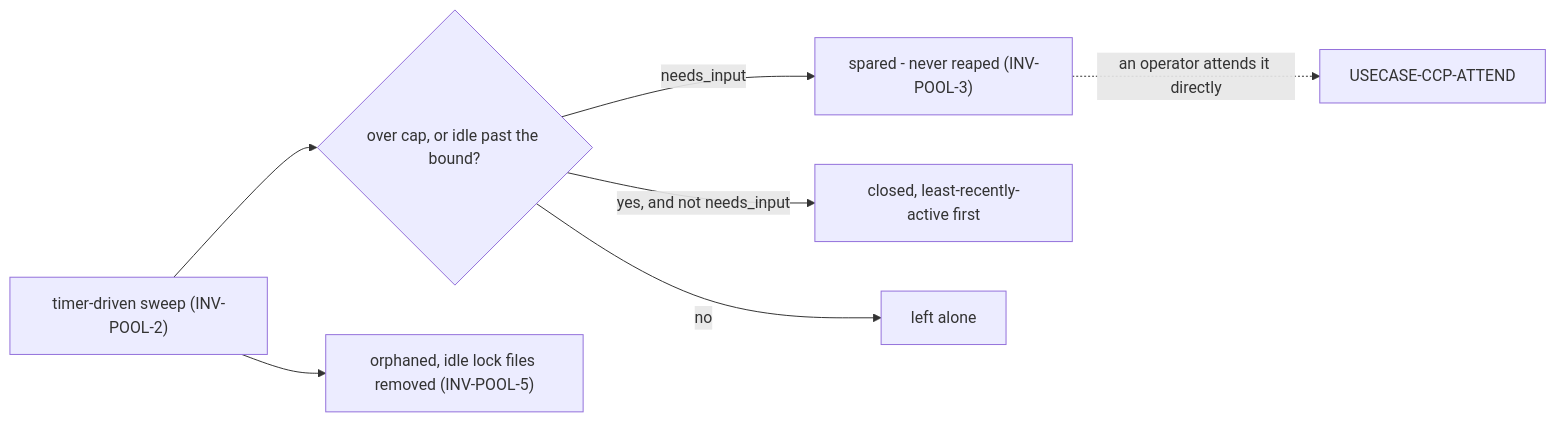
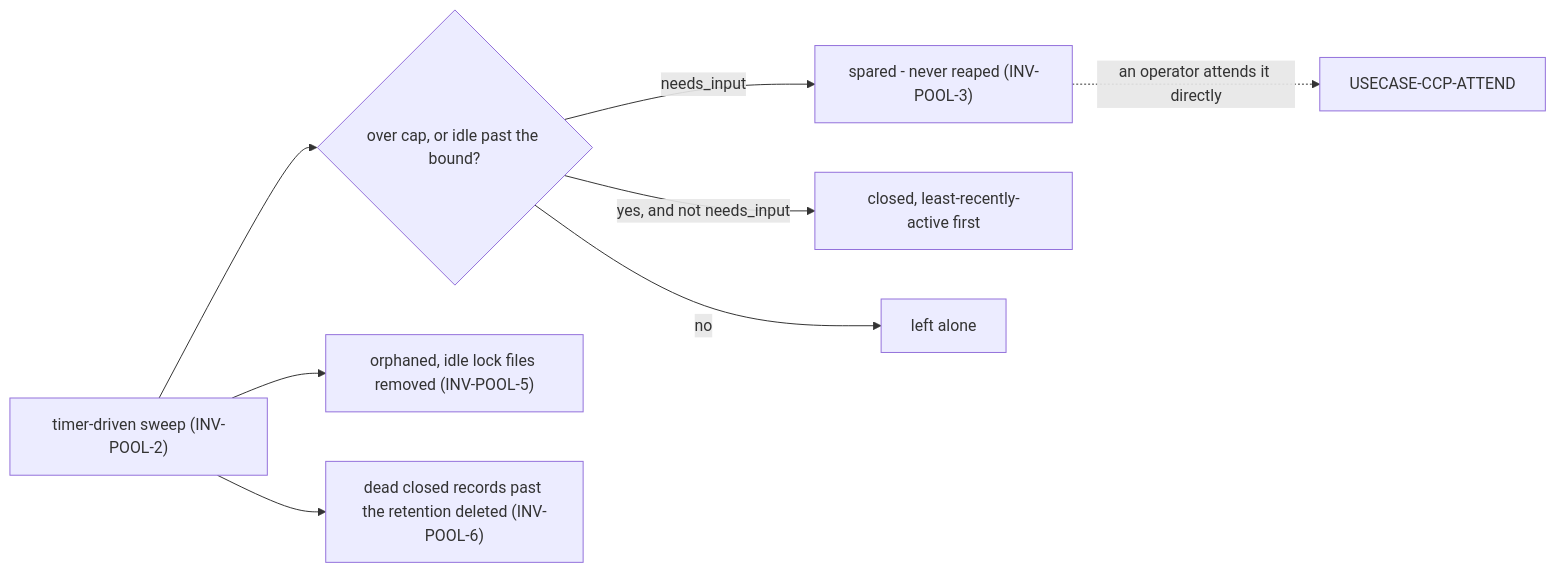
One commit to phillipgreenii/nix-agent-support changed the third of 3 diagrams in packages/ccpool/docs/behavior/journeys.md. Above: the diagram before and after it, drawn with Mermaid. The commit also changed other lines of this file and 5 other files, not shown here.

First line of the commit message:
docs(ccpool): record derived-closed rule, closed_row_retention and dead-row metric semantics

````diff
--- a/packages/ccpool/docs/behavior/journeys.md
+++ b/packages/ccpool/docs/behavior/journeys.md
@@ -212,9 +212,10 @@
 ```mermaid
 flowchart LR
     T["timer-driven sweep (INV-POOL-2)"] --> C{"over cap, or idle past the bound?"}
     C -->|"needs_input"| SPARE["spared - never reaped (INV-POOL-3)"]
     C -->|"yes, and not needs_input"| CLOSE["closed, least-recently-active first"]
     C -->|"no"| LEAVE["left alone"]
     T --> L["orphaned, idle lock files removed (INV-POOL-5)"]
+    T --> D["dead closed records past the retention deleted (INV-POOL-6)"]
     SPARE -.->|"an operator attends it directly"| ATTEND["USECASE-CCP-ATTEND"]
 ```
````
